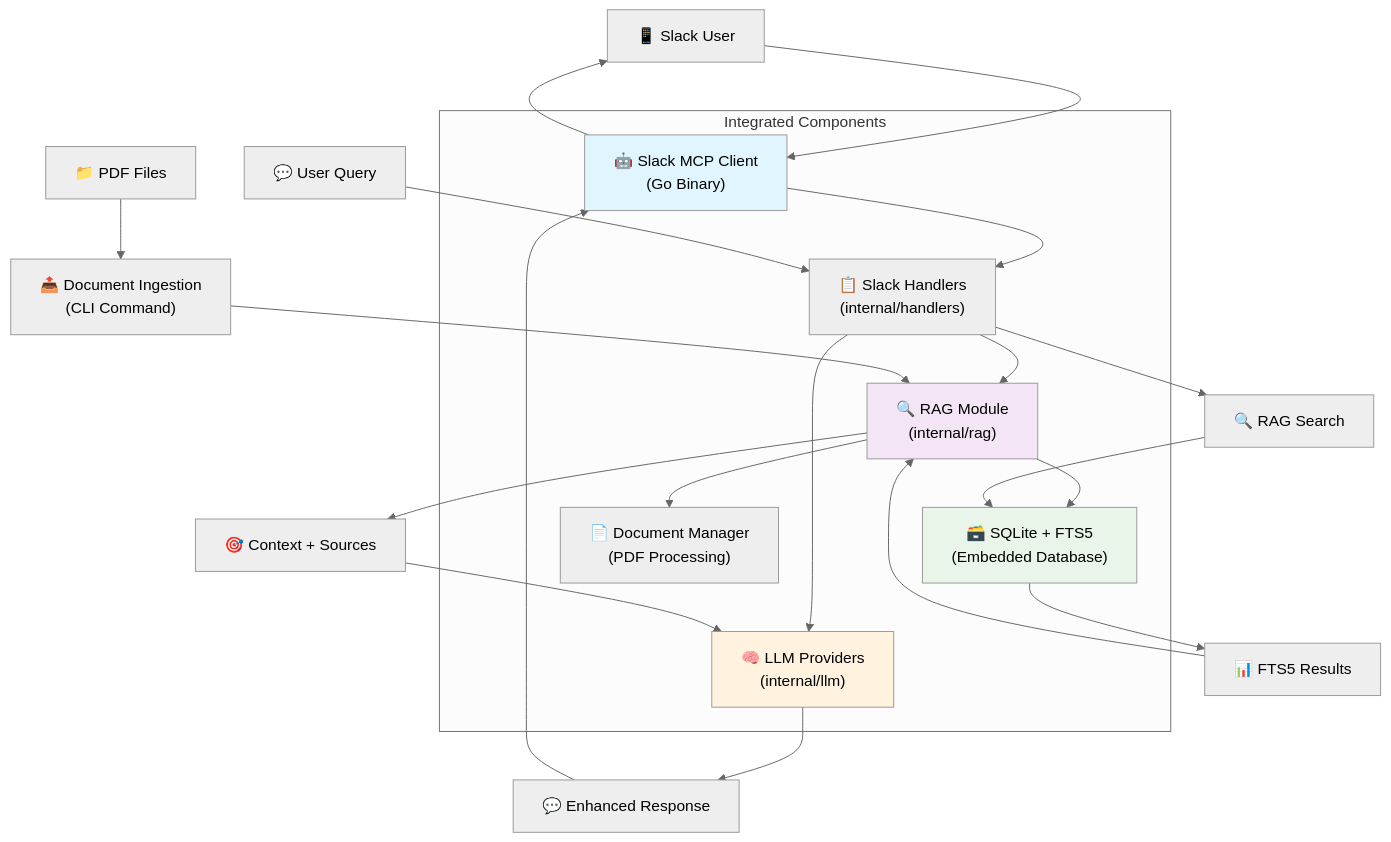
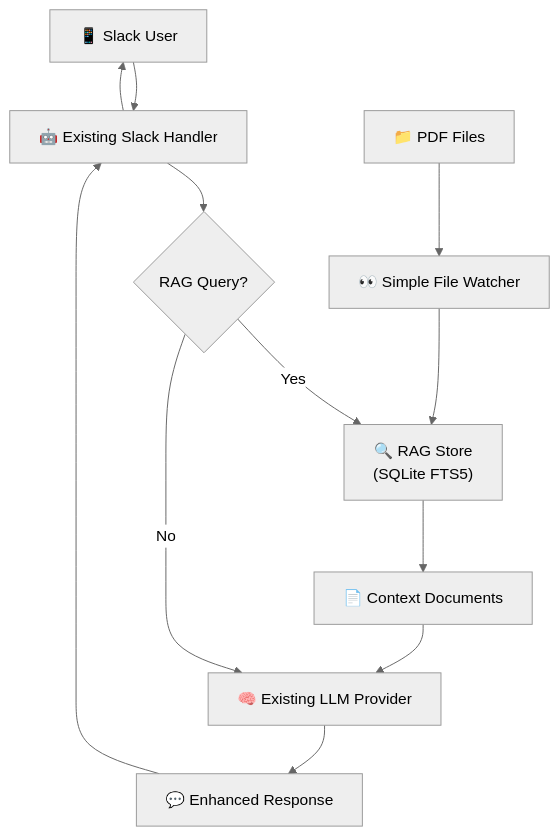
One commit to tuannvm/slack-mcp-client changed the diagram in docs/rag-sqlite.md. Above: the diagram before and after it, drawn with Mermaid (neutral theme). The commit also changed other lines of this file, not shown here.

Commit message:
docs: simplify SQLite RAG documentation

````diff
--- a/docs/rag-sqlite.md
+++ b/docs/rag-sqlite.md
@@ -11,31 +9,15 @@
 ```mermaid
 graph TD
-    A["📱 Slack User"] --> B["🤖 Slack MCP Client<br/>(Go Binary)"]
-    
-    subgraph "Integrated Components"
-        B --> C["📋 Slack Handlers<br/>(internal/handlers)"]
-        C --> D["🔍 RAG Module<br/>(internal/rag)"]
-        D --> E["🗃️ SQLite + FTS5<br/>(Embedded Database)"]
-        D --> F["📄 Document Manager<br/>(PDF Processing)"]
-        C --> G["🧠 LLM Providers<br/>(internal/llm)"]
-    end
-    
-    H["📁 PDF Files"] --> I["📤 Document Ingestion<br/>(CLI Command)"]
-    I --> D
-    
-    J["💬 User Query"] --> C
-    C --> K["🔍 RAG Search"]
-    K --> E
-    E --> L["📊 FTS5 Results"]
-    L --> D
-    D --> M["🎯 Context + Sources"]
-    M --> G
-    G --> N["💬 Enhanced Response"]
-    N --> B
+    A["📱 Slack User"] --> B["🤖 Existing Slack Handler"]
+    B --> C{"RAG Query?"}
+    C -->|Yes| D["🔍 RAG Store<br/>(SQLite FTS5)"]
+    C -->|No| E["🧠 Existing LLM Provider"]
+    D --> F["📄 Context Documents"]
+    F --> E
+    E --> G["💬 Enhanced Response"]
+    G --> B
     B --> A
     
-    style B fill:#e1f5fe
-    style D fill:#f3e5f5
-    style E fill:#e8f5e8
-    style G fill:#fff3e0
+    H["📁 PDF Files"] --> I["👀 Simple File Watcher"]
+    I --> D
 ```
````
